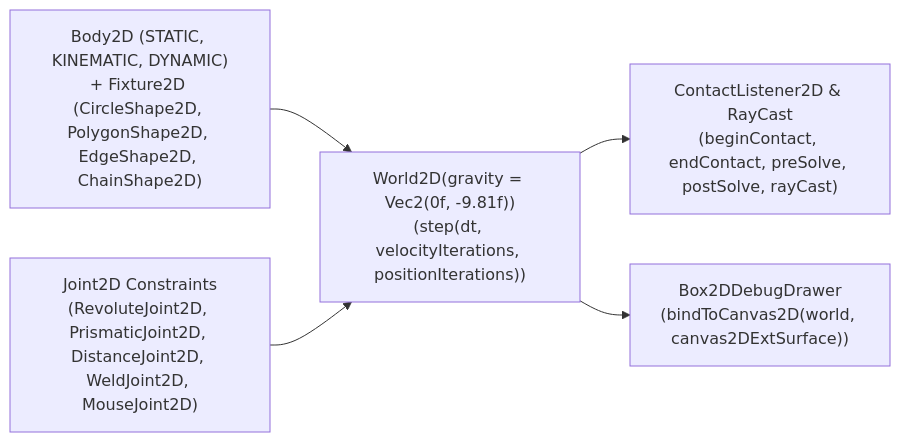
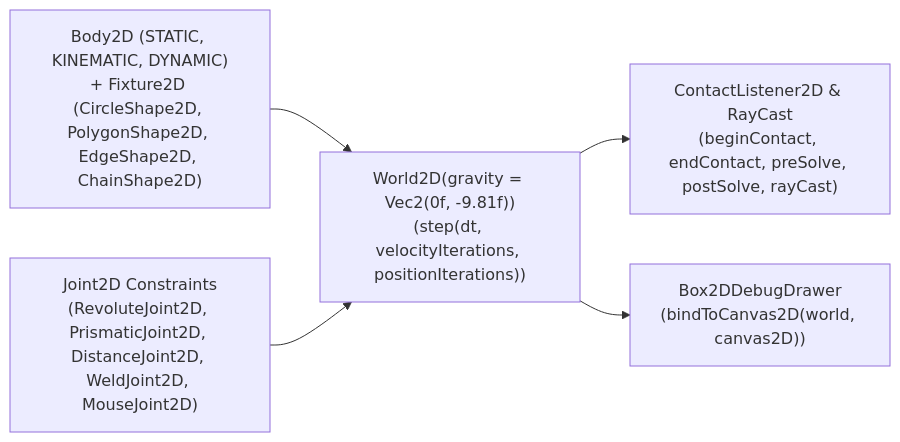
Before and after one commit to GenericUI/Extensions: the diagram in docs/box2d.md, drawn with Mermaid. The commit also changed other lines of this file and 309 other files, not shown here.

Commit message:
Add schema, serviceworker, and pip extensions, upgrade overlay and media codecs/settings/volume controls, and update docs

````diff
--- a/docs/box2d.md
+++ b/docs/box2d.md
@@ -11,13 +11,13 @@
 ```mermaid
 flowchart LR
     World["World2D(gravity = Vec2(0f, -9.81f))<br/>(step(dt, velocityIterations, positionIterations))"]
     Bodies["Body2D (STATIC, KINEMATIC, DYNAMIC)<br/>+ Fixture2D (CircleShape2D, PolygonShape2D, EdgeShape2D, ChainShape2D)"]
     Joints["Joint2D Constraints<br/>(RevoluteJoint2D, PrismaticJoint2D, DistanceJoint2D, WeldJoint2D, MouseJoint2D)"]
     Contacts["ContactListener2D & RayCast<br/>(beginContact, endContact, preSolve, postSolve, rayCast)"]
-    Drawer["Box2DDebugDrawer<br/>(bindToCanvas2D(world, canvas2DExtSurface))"]
+    Drawer["Box2DDebugDrawer<br/>(bindToCanvas2D(world, canvas2D))"]
 
     Bodies --> World
     Joints --> World
     World --> Contacts
     World --> Drawer
 ```
````
